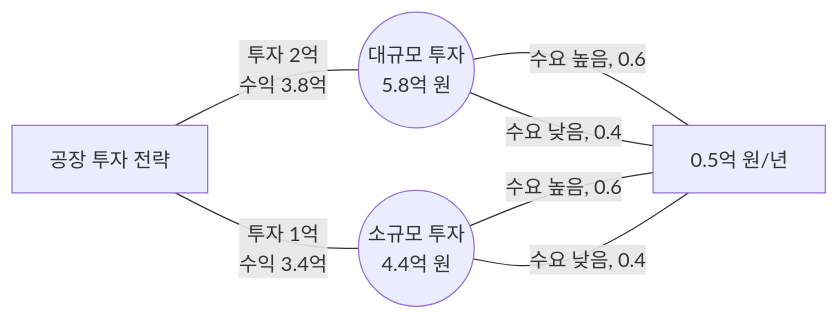
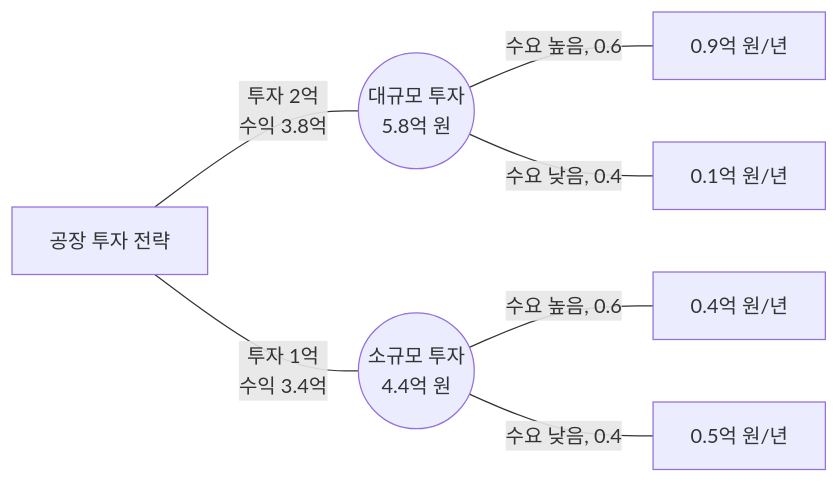
The eighth of 8 diagrams in 6-4. 경영과학(OR).qmd (yeonkyupark/PEPC), drawn with Mermaid before and after one commit. The commit also changed other lines of this file, not shown here.

Commit message:
Update 6-4. 경영과학(OR).qmd

````diff
--- a/6-4. 경영과학(OR).qmd
+++ b/6-4. 경영과학(OR).qmd
@@ -523,11 +526,11 @@
 ```{mermaid}
 flowchart LR
 가[공장 투자 전략] -- 투자 2억<br>수익 3.8억 --- 나1((대규모 투자<br>5.8억 원))
 가[공장 투자 전략] -- 투자 1억<br>수익 3.4억 --- 나2((소규모 투자<br>4.4억 원))
 
 나1 -- 수요 높음, 0.6 --- 다1[0.9억 원/년]
-나1 -- 수요 낮음, 0.4 --- 다1[0.1억 원/년]
+나1 -- 수요 낮음, 0.4 --- 다2[0.1억 원/년]
 
-나2 -- 수요 높음, 0.6 --- 다1[0.4억 원/년]
-나2 -- 수요 낮음, 0.4 --- 다1[0.5억 원/년]
+나2 -- 수요 높음, 0.6 --- 다3[0.4억 원/년]
+나2 -- 수요 낮음, 0.4 --- 다4[0.5억 원/년]
 ```
````
